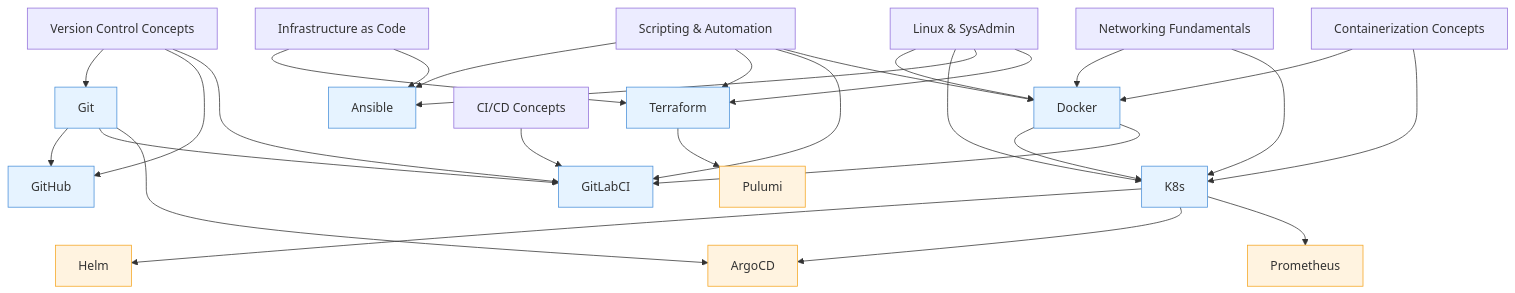
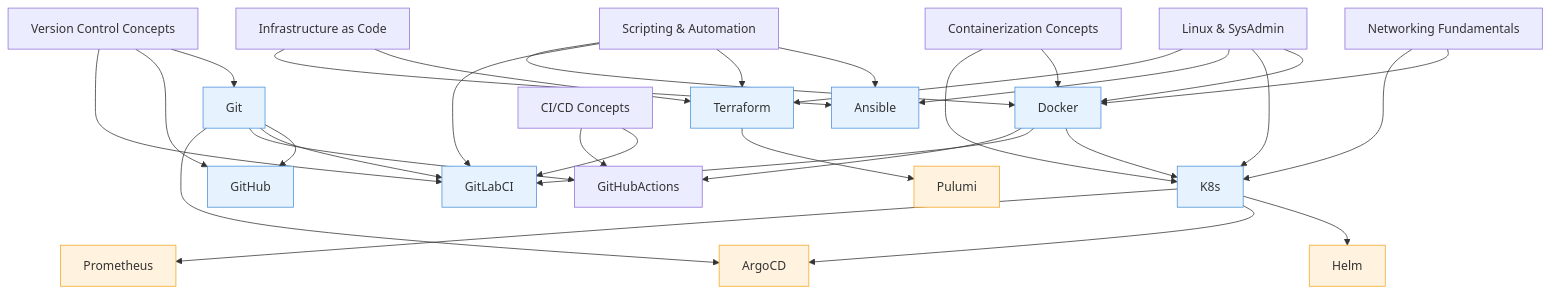
One commit to snehitha3907/DevOps-Kit changed the diagram in 00_index/learning-path.md. Above: the diagram before and after it, drawn with Mermaid. The commit also changed other lines of this file and 3 other files, not shown here.

````diff
--- a/00_index/learning-path.md
+++ b/00_index/learning-path.md
@@ -63,43 +63,46 @@
 ```mermaid
 graph TD
     VC[Version Control Concepts] --> Git
     VC --> GitHub
     VC --> GitLabCI
 
     Linux[Linux & SysAdmin] --> Docker
     Linux --> K8s
     Linux --> Ansible
     Linux --> Terraform
 
     Scripting[Scripting & Automation] --> Ansible
     Scripting --> Terraform
     Scripting --> GitLabCI
     Scripting --> Docker
 
     Network[Networking Fundamentals] --> Docker
     Network --> K8s
 
     Containers[Containerization Concepts] --> Docker
     Containers --> K8s
 
     IaC[Infrastructure as Code] --> Terraform
     IaC --> Ansible
 
     CI[CI/CD Concepts] --> GitLabCI
+    CI[CI/CD Concepts] --> GitHubActions
 
     Git --> GitHub
     Git --> GitLabCI
+    Git --> GitHubActions
     Docker --> K8s
     Docker --> GitLabCI
+    Docker --> GitHubActions
     K8s --> Helm
     K8s --> ArgoCD
     K8s --> Prometheus
     Git --> ArgoCD
     Terraform --> Pulumi
 
     classDef hasContent fill:#e6f3ff,stroke:#4a90d9
     classDef noContent fill:#fff3e0,stroke:#f5a623
 
-    class Git,GitHub,Docker,K8s,Ansible,Terraform,GitLabCI hasContent
+    class Git,GitHub,Docker,K8s,Ansible,Terraform,GitLabCI,GithubActions hasContent
     class Helm,ArgoCD,Prometheus,Pulumi,Vault noContent
 ```
````
